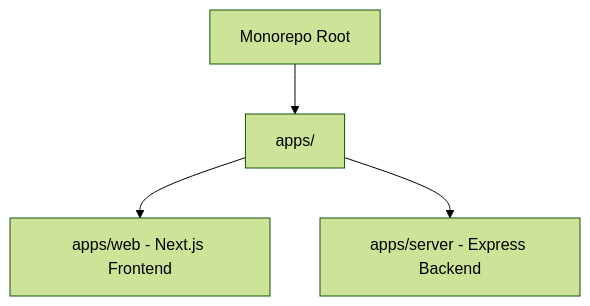
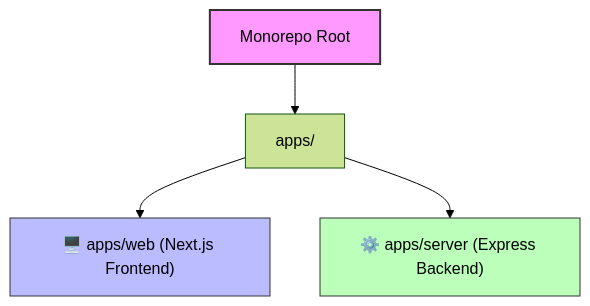
The diagram in README.md (Sumyta-Bentey-Habib/cholobuddy), drawn with Mermaid (forest theme) before and after one commit. The commit also changed other lines of this file, not shown here.

````diff
--- a/README.md
+++ b/README.md
@@ -11,6 +18,10 @@
 ```mermaid
 graph TD
   Root[Monorepo Root] --> Apps[apps/]
-  Apps --> Web[apps/web - Next.js Frontend]
-  Apps --> Server[apps/server - Express Backend]
+  Apps --> Web["🖥️ apps/web (Next.js Frontend)"]
+  Apps --> Server["⚙️ apps/server (Express Backend)"]
+  
+  style Root fill:#f9f,stroke:#333,stroke-width:2px
+  style Web fill:#bbf,stroke:#333,stroke-width:1px
+  style Server fill:#bfb,stroke:#333,stroke-width:1px
 ```
````
